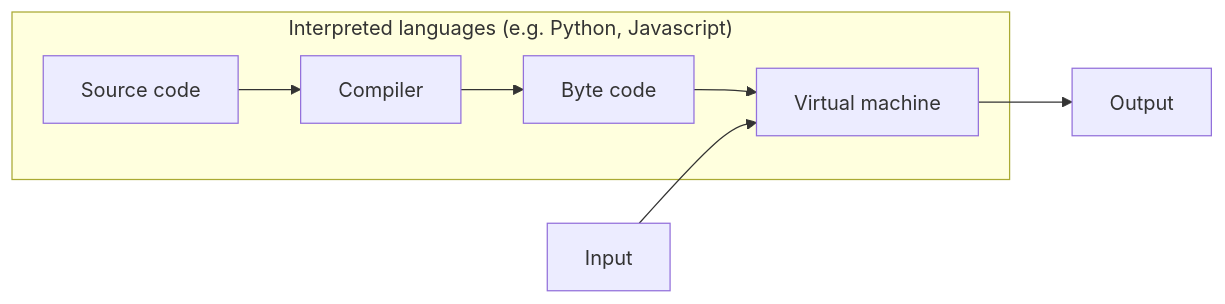
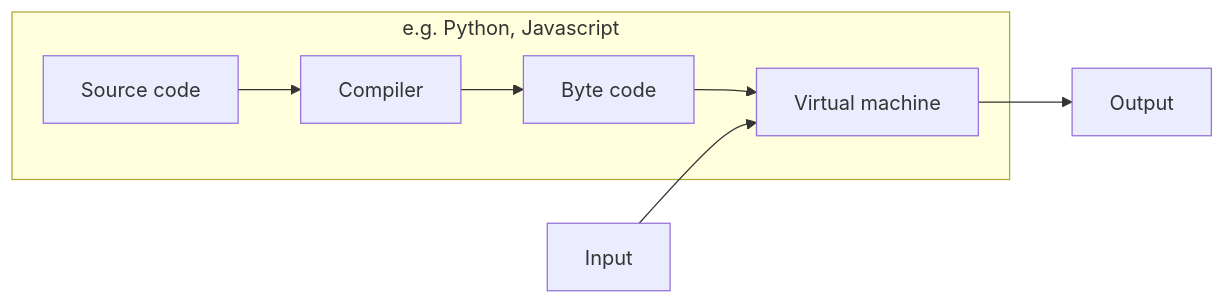
Before and after one commit to GAMR1520/GAMR1520: the second of 4 diagrams in _lectures/1.1-introduction.md, drawn with Mermaid. The commit also changed other lines of this file, not shown here.

Commit message:
tweak diagrams

```diff
--- a/_lectures/1.1-introduction.md
+++ b/_lectures/1.1-introduction.md
@@ -279,10 +279,10 @@
     <div class="mermaid">
     flowchart LR;
-        subgraph interpreted ["Interpreted languages (e.g. Python, Javascript)"]
+        subgraph interpreted ["e.g. Python, Javascript"]
             source["Source code"]-->compiler["Compiler"]
             compiler-->bytecode["Byte code"]
             bytecode-->virtualmachine["Virtual machine"];
         end
         input[Input]-->virtualmachine
         virtualmachine-->output[Output]
     </div>
```
